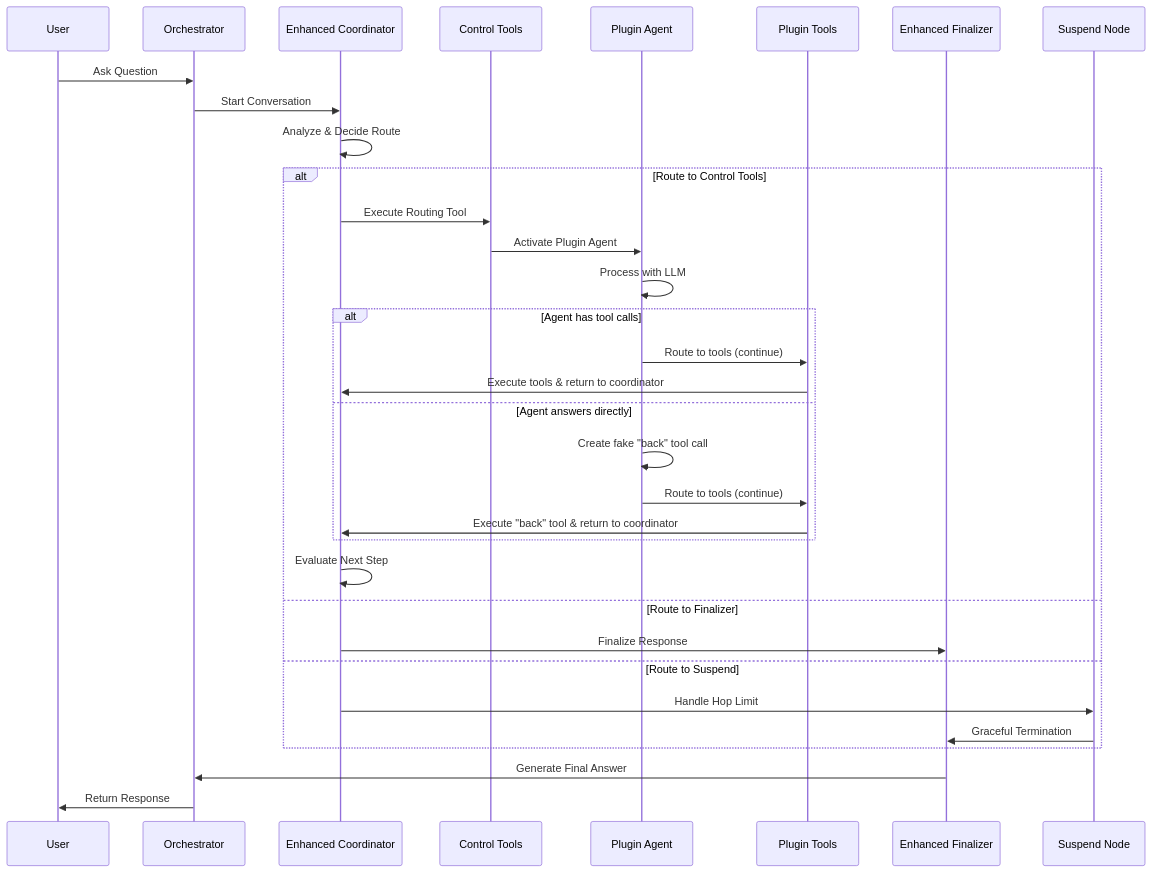
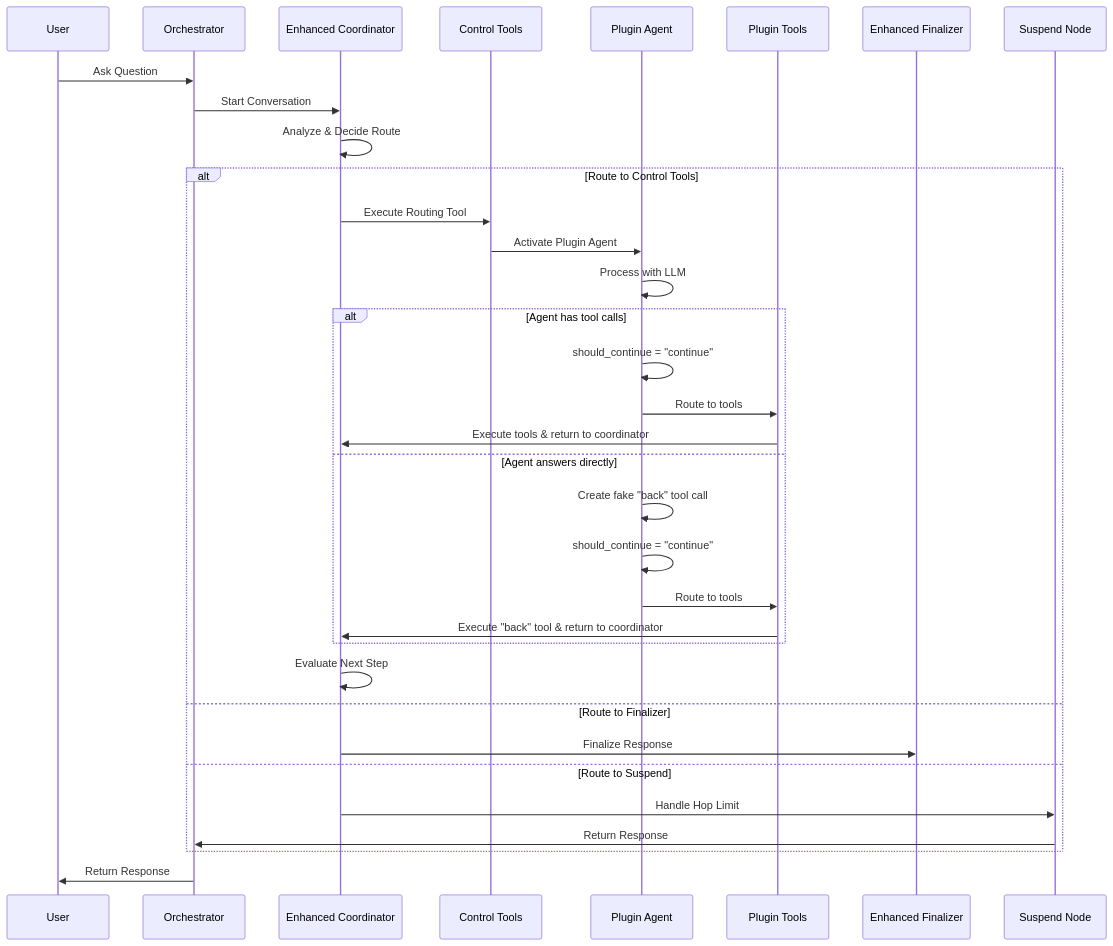
The sixth of 9 diagrams in docs/concepts/langgraph-architecture.md (jonaskahn/cadence), drawn with Mermaid before and after one commit. The commit also changed other lines of this file and 5 other files, not shown here.

````diff
--- a/docs/concepts/langgraph-architecture.md
+++ b/docs/concepts/langgraph-architecture.md
@@ -359,40 +283,41 @@
 ```mermaid
 sequenceDiagram
     participant U as User
     participant O as Orchestrator
     participant C as Enhanced Coordinator
     participant CT as Control Tools
     participant PA as Plugin Agent
     participant PT as Plugin Tools
     participant F as Enhanced Finalizer
     participant S as Suspend Node
     
     U->>O: Ask Question
     O->>C: Start Conversation
     C->>C: Analyze & Decide Route
     
     alt Route to Control Tools
         C->>CT: Execute Routing Tool
         CT->>PA: Activate Plugin Agent
         PA->>PA: Process with LLM
         
         alt Agent has tool calls
-            PA->>PT: Route to tools (continue)
+            PA->>PA: should_continue = "continue"
+            PA->>PT: Route to tools
             PT->>C: Execute tools & return to coordinator
         else Agent answers directly
             PA->>PA: Create fake "back" tool call
-            PA->>PT: Route to tools (continue)
+            PA->>PA: should_continue = "continue"
+            PA->>PT: Route to tools
             PT->>C: Execute "back" tool & return to coordinator
         end
         
         C->>C: Evaluate Next Step
     else Route to Finalizer
         C->>F: Finalize Response
     else Route to Suspend
         C->>S: Handle Hop Limit
-        S->>F: Graceful Termination
+        S->>O: Return Response
     end
     
-    F->>O: Generate Final Answer
     O->>U: Return Response
 ```
````
